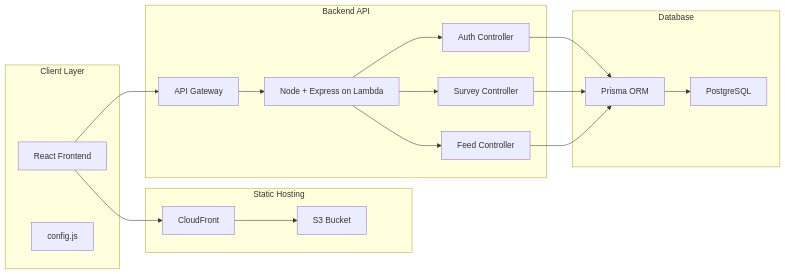
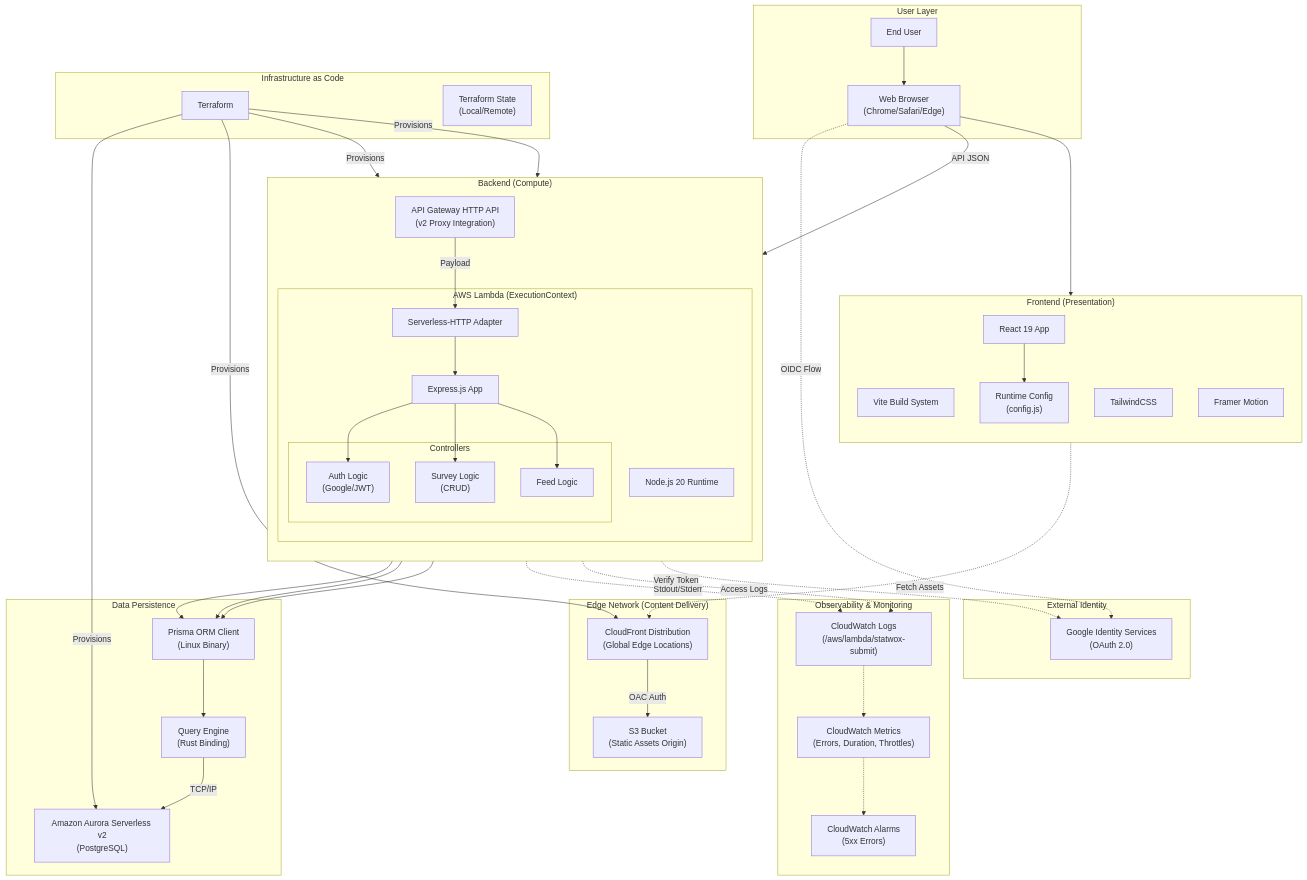
The first of 5 diagrams in README.md (MrCh0p808/StatWoX), drawn with Mermaid before and after one commit. The commit also changed other lines of this file, not shown here.

First line of the commit message:
Updates  README content as per latest build

`````diff
--- a/README.md
+++ b/README.md
@@ -99,33 +98,91 @@
 ```mermaid
-flowchart LR
-    subgraph CLIENT["Client Layer"]
-        UI["React Frontend"]
-        ConfigJS["config.js"]
+flowchart TB
+    subgraph CLIENT["User Layer"]
+        User["End User"]
+        Browser["Web Browser<br/>(Chrome/Safari/Edge)"]
+        User --> Browser
     end
-    subgraph CDN["Static Hosting"]
-        CF["CloudFront"]
-        S3["S3 Bucket"]
+
+    subgraph FRONTEND["Frontend (Presentation)"]
+        direction TB
+        Vite["Vite Build System"]
+        React["React 19 App"]
+        Config["Runtime Config<br/>(config.js)"]
+        Tailwind["TailwindCSS"]
+        Framer["Framer Motion"]
+        
+        Browser --> React
+        React --> Config
     end
-    subgraph API["Backend API"]
-        APIGW["API Gateway"]
-        Backend["Node + Express on Lambda"]
-        AuthController["Auth Controller"]
-        SurveyController["Survey Controller"]
-        FeedController["Feed Controller"]
+
+    subgraph CDN["Edge Network (Content Delivery)"]
+        CF["CloudFront Distribution<br/>(Global Edge Locations)"]
+        S3["S3 Bucket<br/>(Static Assets Origin)"]
+        
+        React -.->|Fetch Assets| CF
+        CF -->|OAC Auth| S3
     end
-    subgraph DB["Database"]
-        Postgres["PostgreSQL"]
-        Prisma["Prisma ORM"]
+
+    subgraph BACKEND["Backend (Compute)"]
+        direction TB
+        APIGW["API Gateway HTTP API<br/>(v2 Proxy Integration)"]
+        
+        subgraph LAMBDA["AWS Lambda (ExecutionContext)"]
+            Node["Node.js 20 Runtime"]
+            Express["Express.js App"]
+            Adapter["Serverless-HTTP Adapter"]
+            
+            subgraph CONTROLLERS["Controllers"]
+                Auth["Auth Logic<br/>(Google/JWT)"]
+                Survey["Survey Logic<br/>(CRUD)"]
+                Feed["Feed Logic"]
+            end
+        end
+        
+        Browser -->|API JSON| APIGW
+        APIGW -->|Payload| Adapter
+        Adapter --> Express
+        Express --> Auth
+        Express --> Survey
+        Express --> Feed
     end
-    UI --> CF
-    CF --> S3
-    UI --> APIGW
-    APIGW --> Backend
-    Backend --> AuthController
-    Backend --> SurveyController
-    Backend --> FeedController
-    AuthController --> Prisma
-    SurveyController --> Prisma
-    FeedController --> Prisma
-    Prisma --> Postgres
-````
+
+    subgraph DATA["Data Persistence"]
+        Prisma["Prisma ORM Client<br/>(Linux Binary)"]
+        QueryEngine["Query Engine<br/>(Rust Binding)"]
+        Aurora["Amazon Aurora Serverless v2<br/>(PostgreSQL)"]
+        
+        Auth --> Prisma
+        Survey --> Prisma
+        Feed --> Prisma
+        Prisma --> QueryEngine
+        QueryEngine -->|TCP/IP| Aurora
+    end
+
+    subgraph OBSERVE["Observability & Monitoring"]
+        CW["CloudWatch Logs<br/>(/aws/lambda/statwox-submit)"]
+        Metrics["CloudWatch Metrics<br/>(Errors, Duration, Throttles)"]
+        Alarms["CloudWatch Alarms<br/>(5xx Errors)"]
+     
+        Node -.->|Stdout/Stderr| CW
+        APIGW -.->|Access Logs| CW
+        CW -.-> Metrics
+        Metrics -.-> Alarms
+    end
+    
+    subgraph AUTH_EXT["External Identity"]
+        Google["Google Identity Services<br/>(OAuth 2.0)"]
+        Browser -.->|OIDC Flow| Google
+        Auth -.->|Verify Token| Google
+    end
+
+    subgraph IAC["Infrastructure as Code"]
+        TF["Terraform"]
+        State["Terraform State<br/>(Local/Remote)"]
+        
+        TF -->|Provisions| APIGW
+        TF -->|Provisions| Aurora
+        TF -->|Provisions| LAMBDA
+        TF -->|Provisions| CF
+    end
+```
`````
